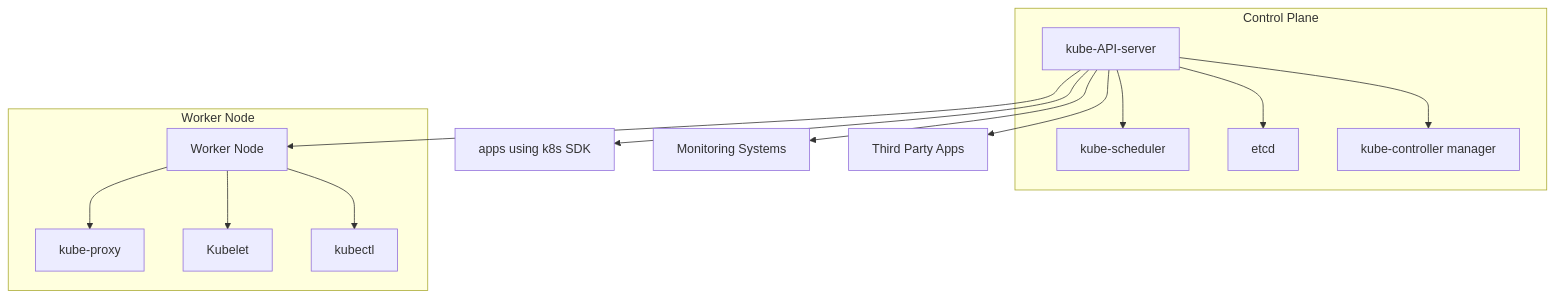
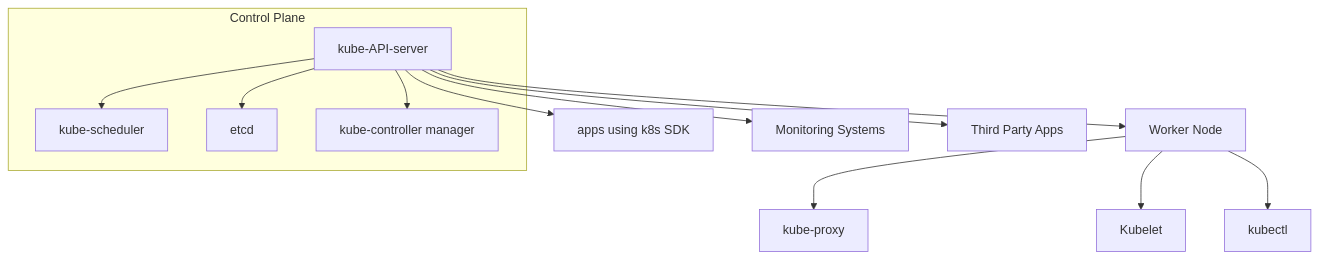
One commit to 007chiragshah/tucana changed the first of 2 diagrams in Architecture_Overview.md. Above: the diagram before and after it, drawn with Mermaid.

````diff
--- a/Architecture_Overview.md
+++ b/Architecture_Overview.md
@@ -20,25 +20,23 @@
   ```mermaid 
   graph TD
-    subgraph Control_Plane["Control Plane"]
+    subgraph "Control Plane"
         A[kube-API-server]
         B[kube-scheduler]
         D[etcd]
         E[kube-controller manager]
     end
 
     A --> B
     A --> D
     A --> E
 
-    subgraph Worker_Node["Worker Node"]
-        F[Worker Node] --> G[kube-proxy]
-        F --> H[Kubelet]
-        F --> I[kubectl]
-    end
+    F[Worker Node] --> G[kube-proxy]
+    F --> H[Kubelet]
+    F --> I[kubectl]
 
     A --> F
     A --> J[apps using k8s SDK]
     A --> K[Monitoring Systems]
     A --> L[Third Party Apps]
 
   ```
````
